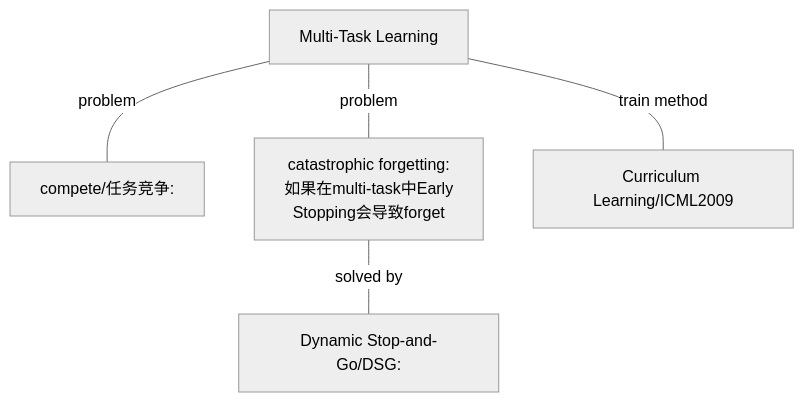
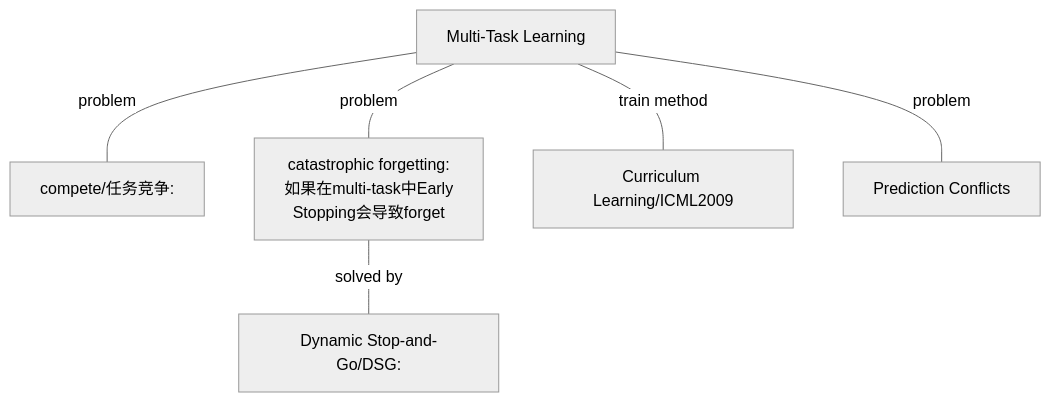
Before and after one commit to 2742195759/xkblog: the first of 4 diagrams in _posts/2021-03-10-TOREAD.md, drawn with Mermaid (neutral theme). The commit also changed other lines of this file and 2 other files, not shown here.

````diff
--- a/_posts/2021-03-10-TOREAD.md
+++ b/_posts/2021-03-10-TOREAD.md
@@ -20,12 +20,14 @@
 ```mermaid
 graph TD;
 1[Multi-Task Learning] --problem--- 1.1[compete/任务竞争:<br>]
 1 --problem--- 1.2[catastrophic forgetting:<br>如果在multi-task中Early<br>Stopping会导致forget]
 1.2 --solved by --- 1.2.1[Dynamic Stop-and-Go/DSG:<br>]
 1 --train method --- 1.3[Curriculum Learning/ICML2009<br>]
+1 --problem ---1.4[Prediction Conflicts]
 
 
 
 click 1.1 "https://arxiv.org/abs/1905.07553v1" "论文地址"
-click 1.3 "https://cloud.tsinghua.edu.cn/f/e06ab7f76d124578998f/?dl=1" "论文下载 ICML"
+click 1.3 "https://cloud.tsinghua.edu.cn/f/e06ab7f76d124578998f/?dl=1"
+click 1.4 "#mcn"
 ```
````
